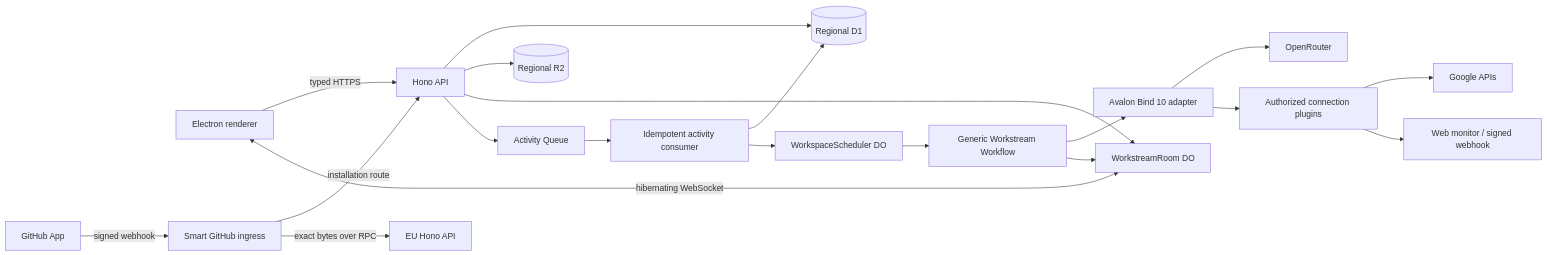
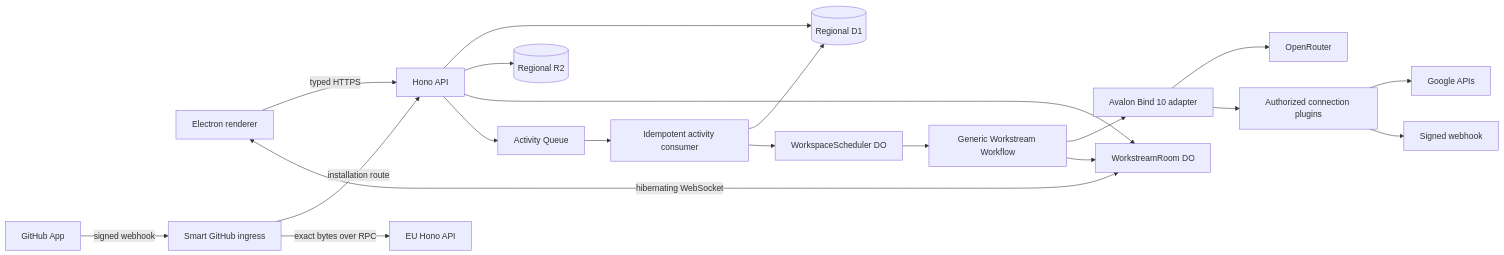
The diagram in docs/ARCHITECTURE.md (juno-ai-labs/avalon), drawn with Mermaid before and after one commit. The commit also changed other lines of this file and 47 other files, not shown here.

````diff
--- a/docs/ARCHITECTURE.md
+++ b/docs/ARCHITECTURE.md
@@ -13,22 +13,22 @@
 ```mermaid
 flowchart LR
   E["Electron renderer"] -->|"typed HTTPS"| H["Hono API"]
   E <-->|"hibernating WebSocket"| R["WorkstreamRoom DO"]
   H --> D[("Regional D1")]
   H --> B[("Regional R2")]
   H --> R
   H --> Q["Activity Queue"]
   GH["GitHub App"] -->|"signed webhook"| GI["Smart GitHub ingress"]
   GI -->|"installation route"| H
   GI -->|"exact bytes over RPC"| EH["EU Hono API"]
   Q --> C["Idempotent activity consumer"]
   C --> D
   C --> S["WorkspaceScheduler DO"]
   S --> W["Generic Workstream Workflow"]
   W --> A["Avalon Bind 10 adapter"]
   A --> O["OpenRouter"]
   A --> T["Authorized connection plugins"]
   W --> R
   T --> G["Google APIs"]
-  T --> M["Web monitor / signed webhook"]
+  T --> M["Signed webhook"]
 ```
````
